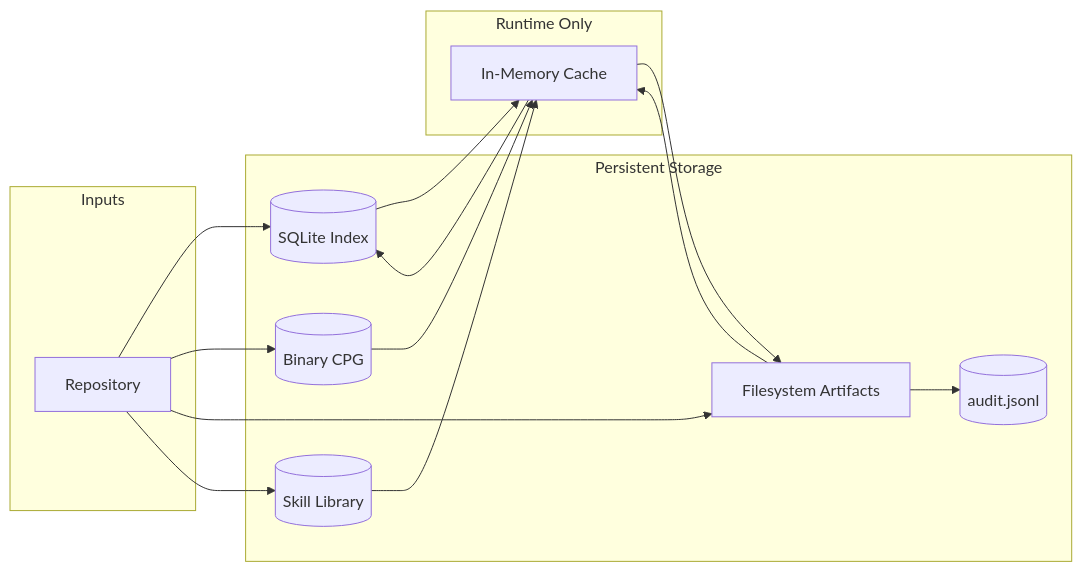
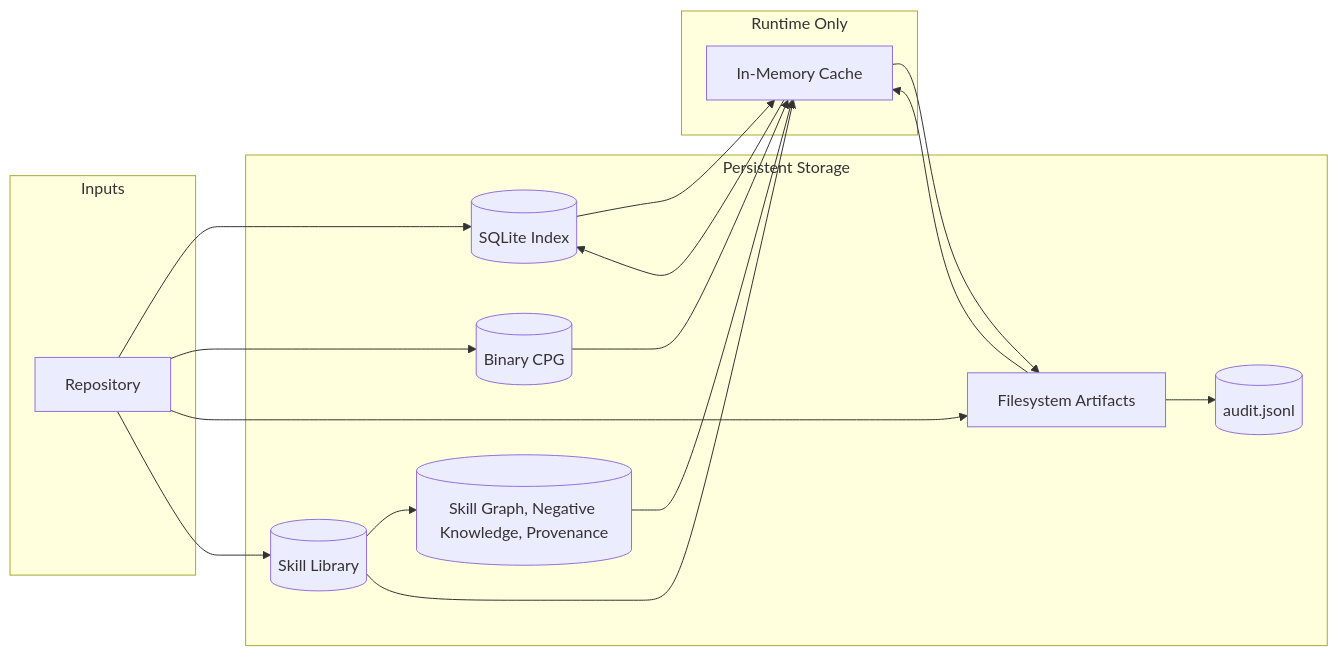
The third of 3 diagrams in docs/05-data-model.md (arubara2021/CodeGuardian), drawn with Mermaid before and after one commit. The commit also changed other lines of this file and 37 other files, not shown here.

First line of the commit message:
feat(phase-12): skills module v2 with graph, governance, and security

````diff
--- a/docs/05-data-model.md
+++ b/docs/05-data-model.md
@@ -1616,30 +1931,33 @@
 ```mermaid
 flowchart LR
     subgraph Inputs
         Repo[Repository]
     end
 
     subgraph Persistence["Persistent Storage"]
         SQLite[(SQLite Index)]
         Graph[(Binary CPG)]
         FS[Filesystem Artifacts]
         Skills[(Skill Library)]
         Audit[(audit.jsonl)]
+        SkillMeta[(Skill Graph, Negative Knowledge, Provenance)]
     end
 
     subgraph Runtime["Runtime Only"]
         Mem[In-Memory Cache]
     end
 
     Repo --> SQLite
     Repo --> Graph
     Repo --> FS
     Repo --> Skills
+    Skills --> SkillMeta
     FS --> Audit
     SQLite --> Mem
     Graph --> Mem
     FS --> Mem
     Skills --> Mem
+    SkillMeta --> Mem
     Mem --> SQLite
     Mem --> FS
 ```
````
